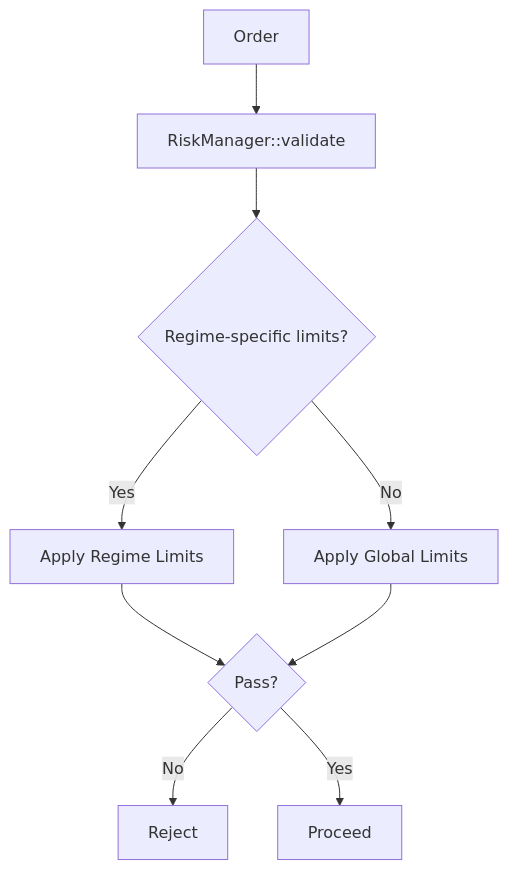
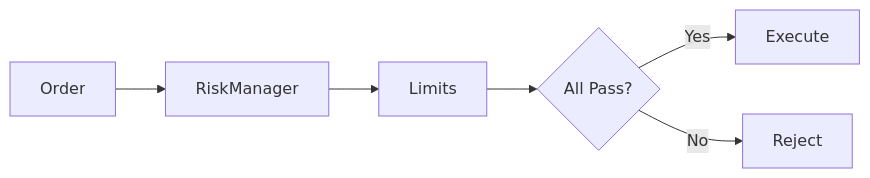
The diagram in docs/explanation/risk-limits-deep.md (gregorian-09/regime-flow), drawn with Mermaid before and after one commit. The commit also changed other lines of this file and 58 other files, not shown here.

````diff
--- a/docs/explanation/risk-limits-deep.md
+++ b/docs/explanation/risk-limits-deep.md
@@ -17,11 +7,8 @@
 ```mermaid
-flowchart TB
-  A[Order] --> B[RiskManager::validate]
-  B --> C{Regime-specific limits?}
-  C -- Yes --> D[Apply Regime Limits]
-  C -- No --> E[Apply Global Limits]
-  D --> F{Pass?}
-  E --> F
-  F -- No --> G[Reject]
-  F -- Yes --> H[Proceed]
+flowchart LR
+  A[Order] --> B[RiskManager]
+  B --> C[Limits]
+  C --> D{All Pass?}
+  D -- Yes --> E[Execute]
+  D -- No --> F[Reject]
 ```
````
